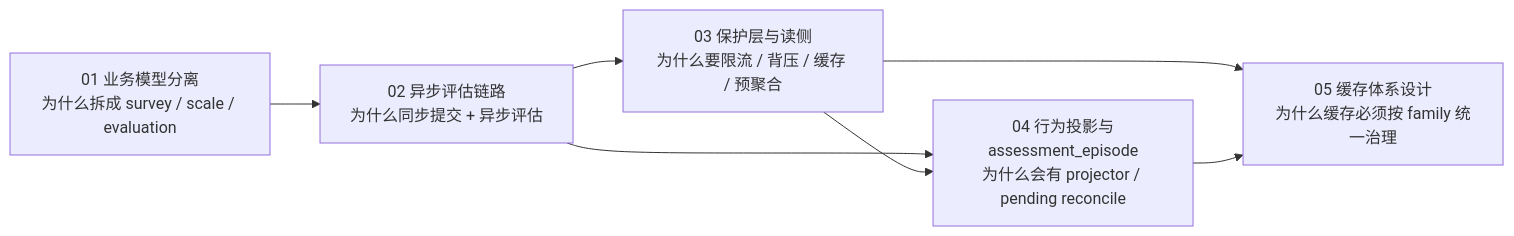
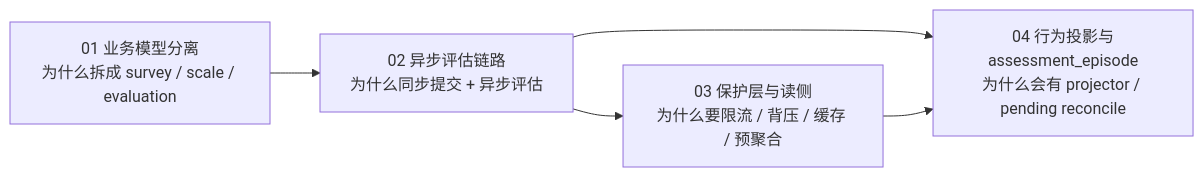
The diagram in docs/05-专题分析/README.md (FangcunMount/qs-server), drawn with Mermaid before and after one commit. The commit also changed other lines of this file and 19 other files, not shown here.

````diff
--- a/docs/05-专题分析/README.md
+++ b/docs/05-专题分析/README.md
@@ -37,15 +37,11 @@
 ```mermaid
 flowchart LR
     model[01 业务模型分离\n为什么拆成 survey / scale / evaluation]
     async[02 异步评估链路\n为什么同步提交 + 异步评估]
     protection[03 保护层与读侧\n为什么要限流 / 背压 / 缓存 / 预聚合]
     projector[04 行为投影与assessment_episode\n为什么会有 projector / pending reconcile]
-    cache[05 缓存体系设计\n为什么缓存必须按 family 统一治理]
-
     model --> async
     async --> protection
     async --> projector
     protection --> projector
-    protection --> cache
-    projector --> cache
 ```
````
